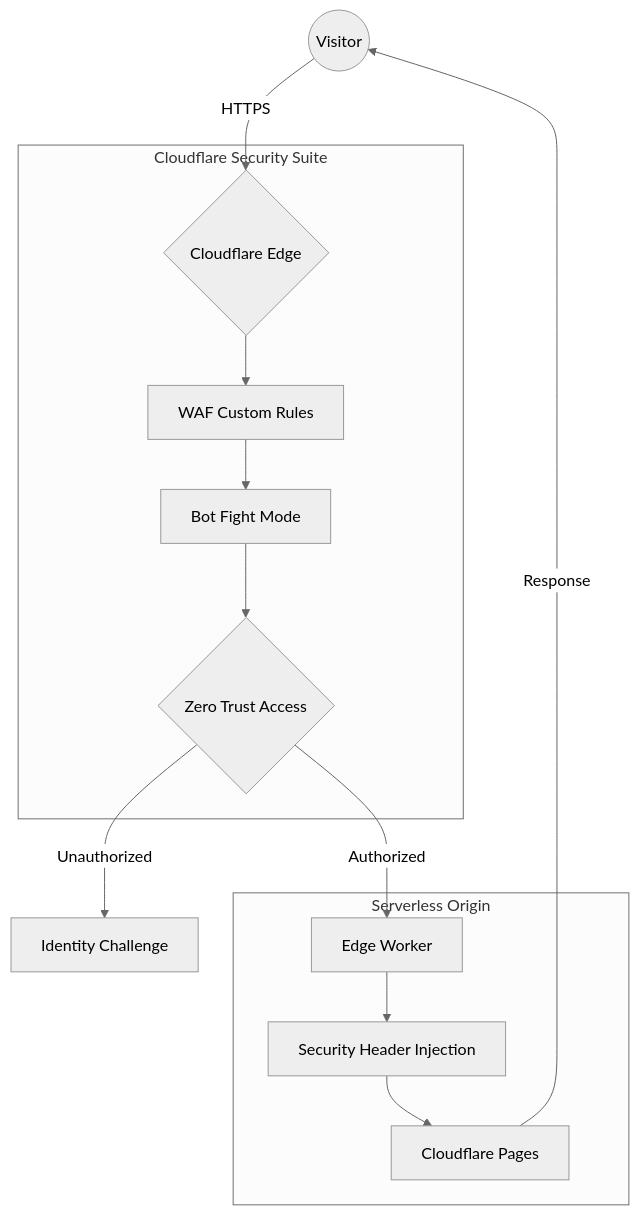
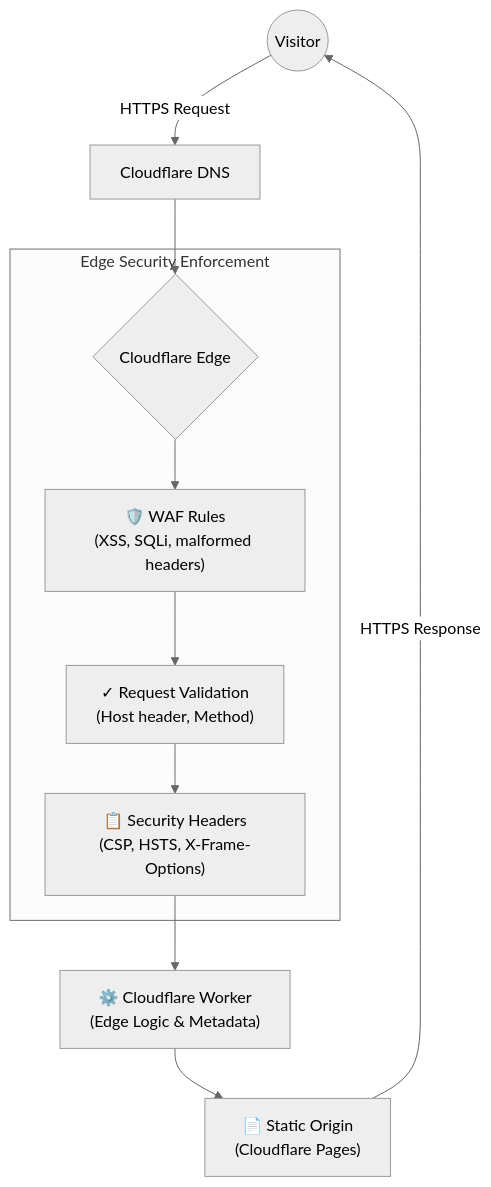
The diagram in README.md (aleexsaanchez/alexsanchez-edge-gateway), drawn with Mermaid (neutral theme) before and after one commit. The commit also changed other lines of this file, not shown here.

Commit message:
Update security architecture diagram in README
Revised the Mermaid diagram to clarify the security enforcement flow, emphasizing edge-based security decisions and updating component labels for better readability.

````diff
--- a/README.md
+++ b/README.md
@@ -40,20 +40,15 @@
 ```mermaid
 graph TD
-    User((Visitor)) -->|HTTPS| CF_Edge{Cloudflare Edge}
+    User((Visitor)) -->|HTTPS Request| DNS[Cloudflare DNS]
+    DNS --> Edge{Cloudflare Edge}
     
-    subgraph "Cloudflare Security Suite"
-        CF_Edge --> WAF[WAF Custom Rules]
-        WAF --> Bot[Bot Fight Mode]
-        Bot --> Access{Zero Trust Access}
+    subgraph "Edge Security Enforcement"
+        Edge --> WAF["🛡️ WAF Rules<br/>(XSS, SQLi, malformed headers)"]
+        WAF --> Validation["✓ Request Validation<br/>(Host header, Method)"]
+        Validation --> Headers["📋 Security Headers<br/>(CSP, HSTS, X-Frame-Options)"]
     end
-
-    Access -->|Unauthorized| Login[Identity Challenge]
-    Access -->|Authorized| Worker[Edge Worker]
     
-    subgraph "Serverless Origin"
-        Worker --> Headers[Security Header Injection]
-        Headers --> Pages[Cloudflare Pages]
-    end
-
-    Pages -->|Response| User
+    Headers --> Worker["⚙️ Cloudflare Worker<br/>(Edge Logic & Metadata)"]
+    Worker --> Pages["📄 Static Origin<br/>(Cloudflare Pages)"]
+    Pages -->|HTTPS Response| User
 ```
````
